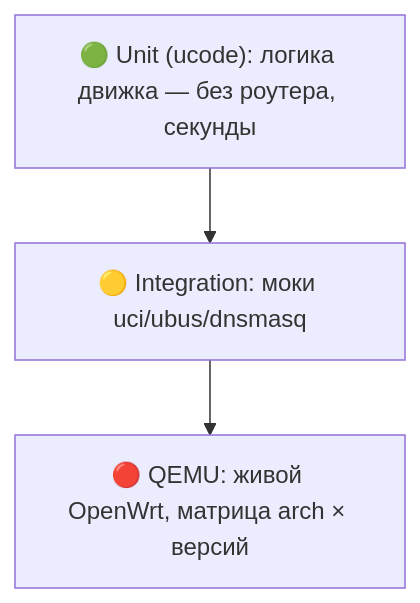
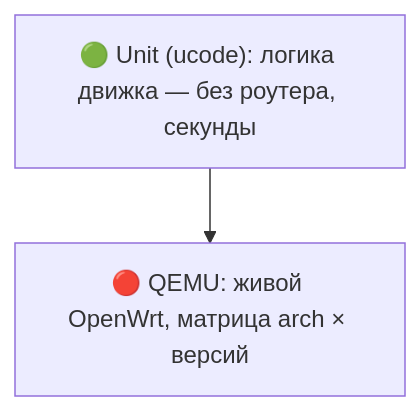
Before and after one commit to andreiyurik/cheburnet-router: the second of 2 diagrams in docs/kb/architecture/reliability.md, drawn with Mermaid. The commit also changed other lines of this file and 26 other files, not shown here.

````diff
--- a/docs/kb/architecture/reliability.md
+++ b/docs/kb/architecture/reliability.md
@@ -86,7 +86,6 @@
 ```mermaid
 flowchart TB
     u["🟢 Unit (ucode): логика движка — без роутера, секунды"]
-    i["🟡 Integration: моки uci/ubus/dnsmasq"]
     q["🔴 QEMU: живой OpenWrt, матрица arch × версий"]
-    u --> i --> q
+    u --> q
 ```
````
